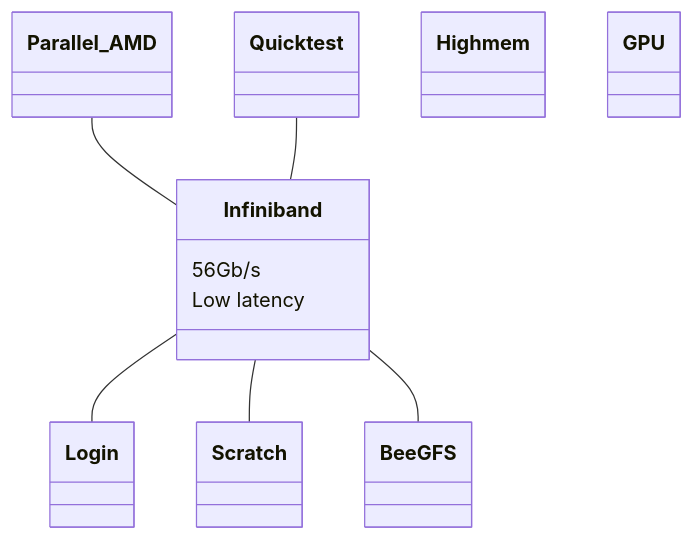
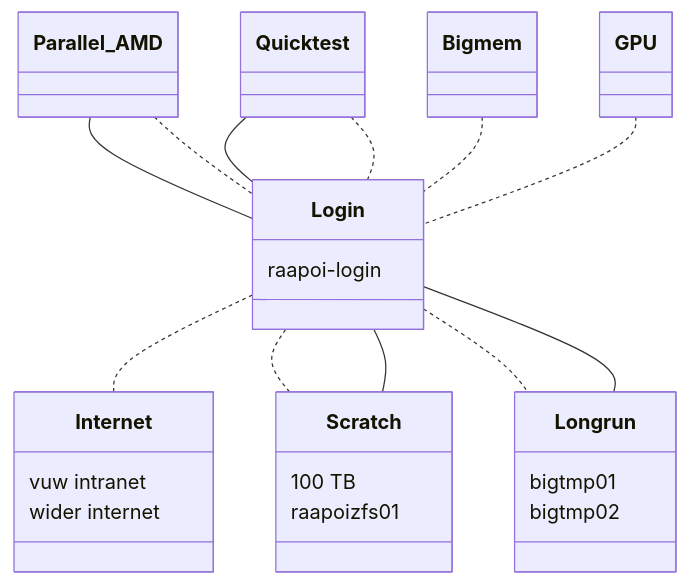
The third of 3 diagrams in docs/hpclayout.md (vuw-research-computing/raapoi-docs), drawn with Mermaid before and after one commit. The commit also changed other lines of this file and 2 other files, not shown here.

````diff
--- a/docs/hpclayout.md
+++ b/docs/hpclayout.md
@@ -183,26 +185,38 @@
 ```mermaid
-classDiagram    
-    Parallel_AMD -- Infiniband
-    Quicktest -- Infiniband
-    Infiniband -- Login
-    Infiniband -- Scratch
-    Infiniband -- BeeGFS
-    class Infiniband{
-      56Gb/s
-      Low latency
+classDiagram
+    Parallel_AMD -- Login
+    Parallel_AMD .. Login
+    Quicktest -- Login
+    Quicktest .. Login
+    Bigmem .. Login
+    GPU .. Login
+    Login .. Internet
+    Login .. Scratch
+    Login -- Scratch
+    Login .. Longrun
+    Login -- Longrun
+    class Internet {
+        vuw intranet 
+        wider internet
     }
-        class Scratch {
+    class Scratch {
+        100 TB
+        raapoizfs01
     }
-    class BeeGFS {
+    class Longrun {
+        bigtmp01
+        bigtmp02
+        
     }
     class Login {
+        raapoi-login
     }
     class Parallel_AMD {
     }
     class Quicktest{
     }
-    class Highmem{
+    class Bigmem{
     }
     class GPU{
     }
 ```
````
